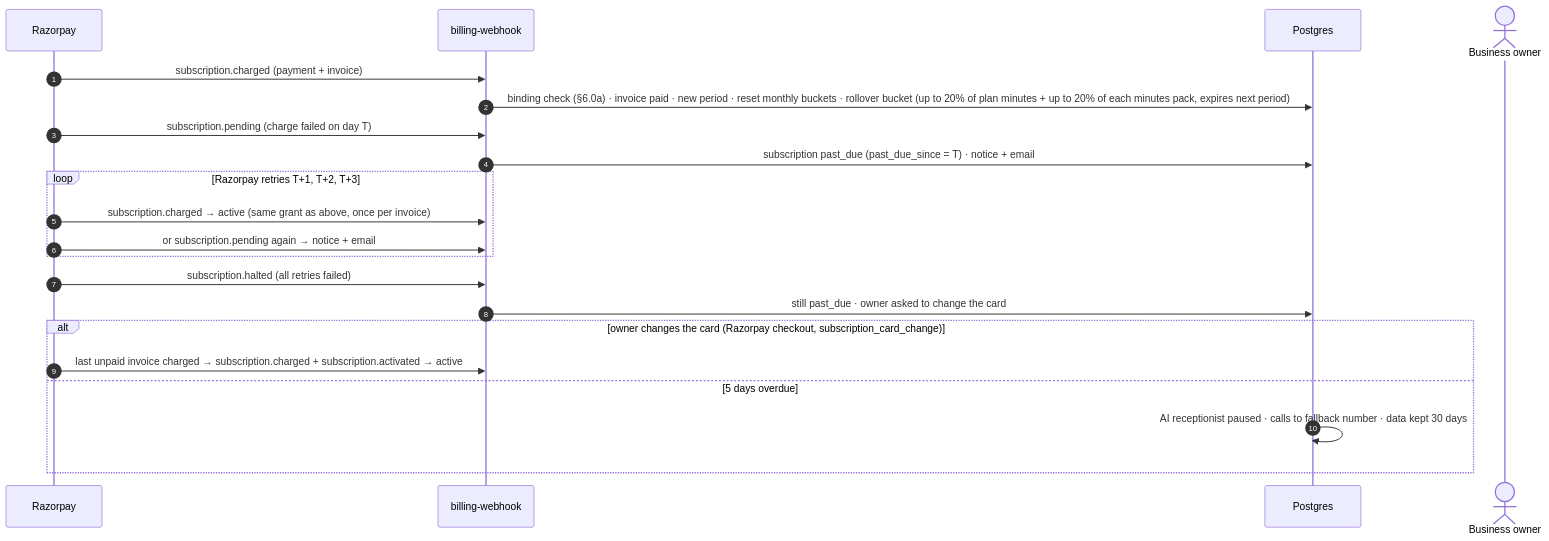
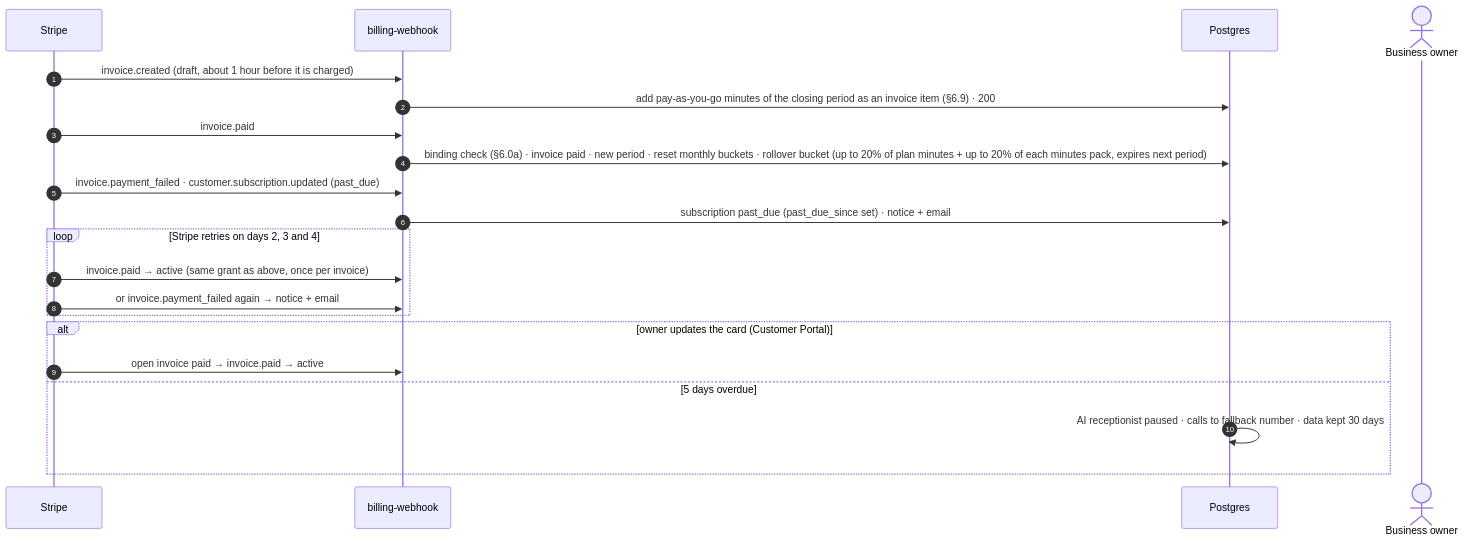
One commit to singhdhruv525-source/Zella-AI changed the sixth of 16 diagrams in docs/PAYMENTS_ARCHITECTURE.md. Above: the diagram before and after it, drawn with Mermaid. The commit also changed other lines of this file and 3 other files, not shown here.

````diff
--- a/docs/PAYMENTS_ARCHITECTURE.md
+++ b/docs/PAYMENTS_ARCHITECTURE.md
@@ -297,24 +287,24 @@
 ```mermaid
 sequenceDiagram
   autonumber
-  participant RZ as Razorpay
+  participant RZ as Stripe
   participant WH as billing-webhook
   participant DB as Postgres
   actor BO as Business owner
 
-  RZ->>WH: subscription.charged (payment + invoice)
+  RZ->>WH: invoice.created (draft, about 1 hour before it is charged)
+  WH->>DB: add pay-as-you-go minutes of the closing period as an invoice item (§6.9) · 200
+  RZ->>WH: invoice.paid
   WH->>DB: binding check (§6.0a) · invoice paid · new period · reset monthly buckets · rollover bucket (up to 20% of plan minutes + up to 20% of each minutes pack, expires next period)
-  RZ->>WH: subscription.pending (charge failed on day T)
-  WH->>DB: subscription past_due (past_due_since = T) · notice + email
-  loop Razorpay retries T+1, T+2, T+3
-    RZ->>WH: subscription.charged → active (same grant as above, once per invoice)
-    RZ->>WH: or subscription.pending again → notice + email
+  RZ->>WH: invoice.payment_failed · customer.subscription.updated (past_due)
+  WH->>DB: subscription past_due (past_due_since set) · notice + email
+  loop Stripe retries on days 2, 3 and 4
+    RZ->>WH: invoice.paid → active (same grant as above, once per invoice)
+    RZ->>WH: or invoice.payment_failed again → notice + email
   end
-  RZ->>WH: subscription.halted (all retries failed)
-  WH->>DB: still past_due · owner asked to change the card
-  alt owner changes the card (Razorpay checkout, subscription_card_change)
-    RZ->>WH: last unpaid invoice charged → subscription.charged + subscription.activated → active
+  alt owner updates the card (Customer Portal)
+    RZ->>WH: open invoice paid → invoice.paid → active
   else 5 days overdue
     DB->>DB: AI receptionist paused · calls to fallback number · data kept 30 days
   end
 ```
````
